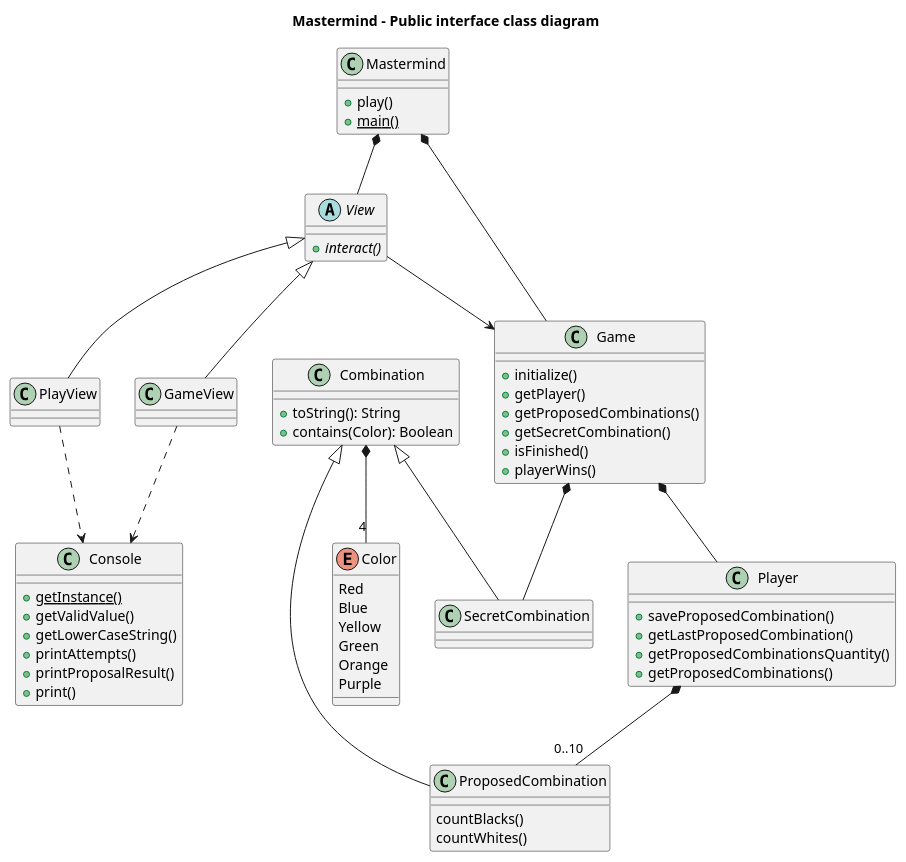
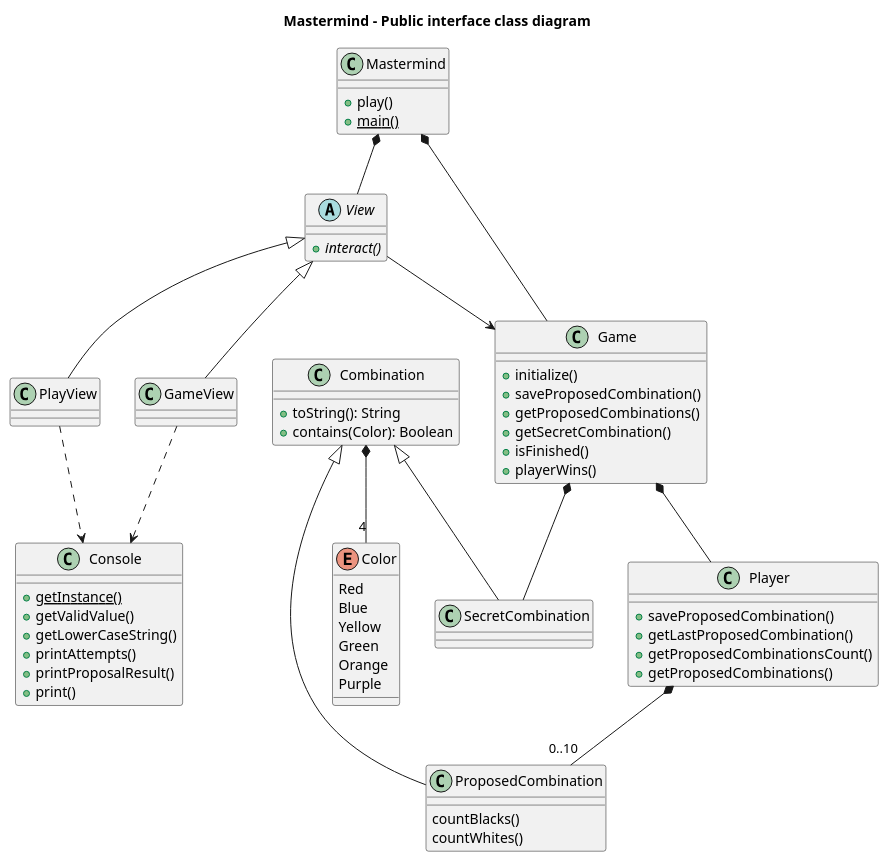
Before and after one commit to Master-Desarrollo-20-21/diseno-oo-ejercicio2-mastermind-document-view-ferllop: the diagram in diagram.plantuml, drawn with PlantUML.

Commit message:
Update diagram.plantuml
Remove player getter from Game

```diff
--- a/diagram.plantuml
+++ b/diagram.plantuml
@@ -1,72 +1,71 @@
 @startuml
 
 title Mastermind - Public interface class diagram
 
 class Mastermind {
     +play()
     +{static} main()
 }
 Mastermind *-- Game
 Mastermind *-- View
 
 class Game {
     +initialize()
-    +getPlayer()
+    +saveProposedCombination()
     +getProposedCombinations()
     +getSecretCombination()
     +isFinished()
     +playerWins()
 }
 Game *-- SecretCombination
 Game *-- Player
 
 class Combination{
     +toString(): String
     +contains(Color): Boolean
 }
 Combination *-- "4" Color
 Combination <|-- SecretCombination
 Combination <|-- ProposedCombination
 
 class ProposedCombination {
     countBlacks()
     countWhites()
 }
 
 class Player {
     +saveProposedCombination()
     +getLastProposedCombination()
-    +getProposedCombinationsQuantity()
+    +getProposedCombinationsCount()
     +getProposedCombinations()
 }
 Player *-- "0..10"ProposedCombination
 
 Enum Color {
     Red
     Blue
     Yellow
     Green
     Orange
     Purple
 }
-
 
 abstract class View {
     +{abstract}interact()
 }
 View <|-- GameView
 View <|-- PlayView
 View --> Game
 
 class Console {
     +{static}getInstance()
     +getValidValue()
     +getLowerCaseString()
     +printAttempts()
     +printProposalResult()
     +print()
 }
 GameView ..> Console
 PlayView ..> Console
 
 @enduml
```
